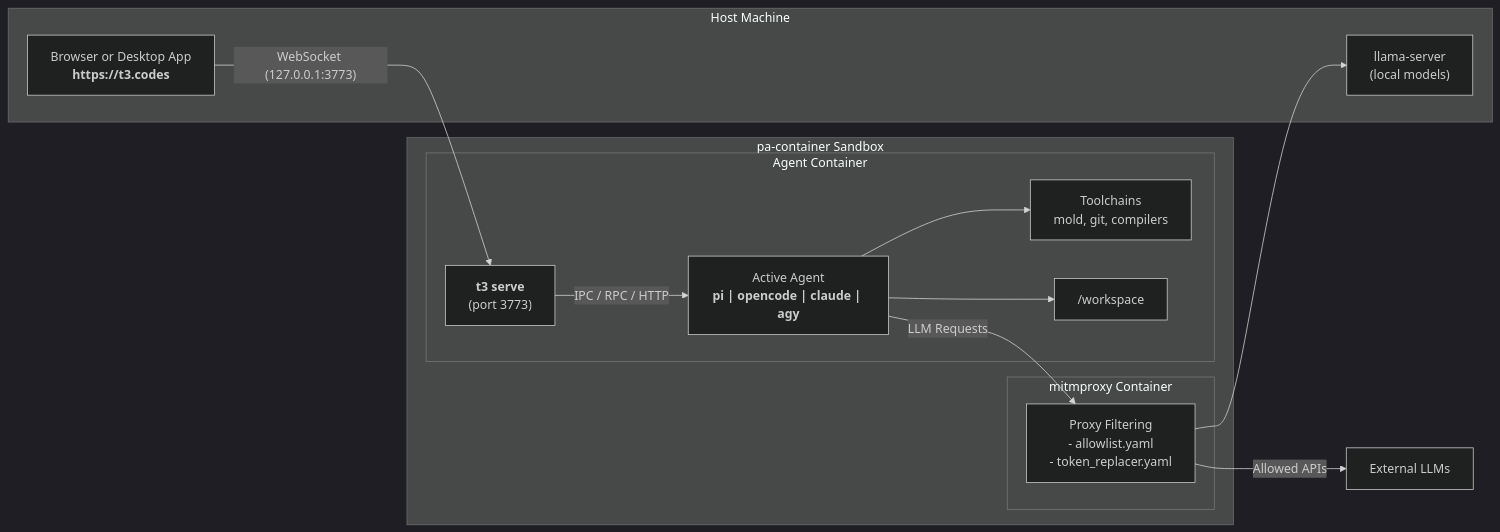
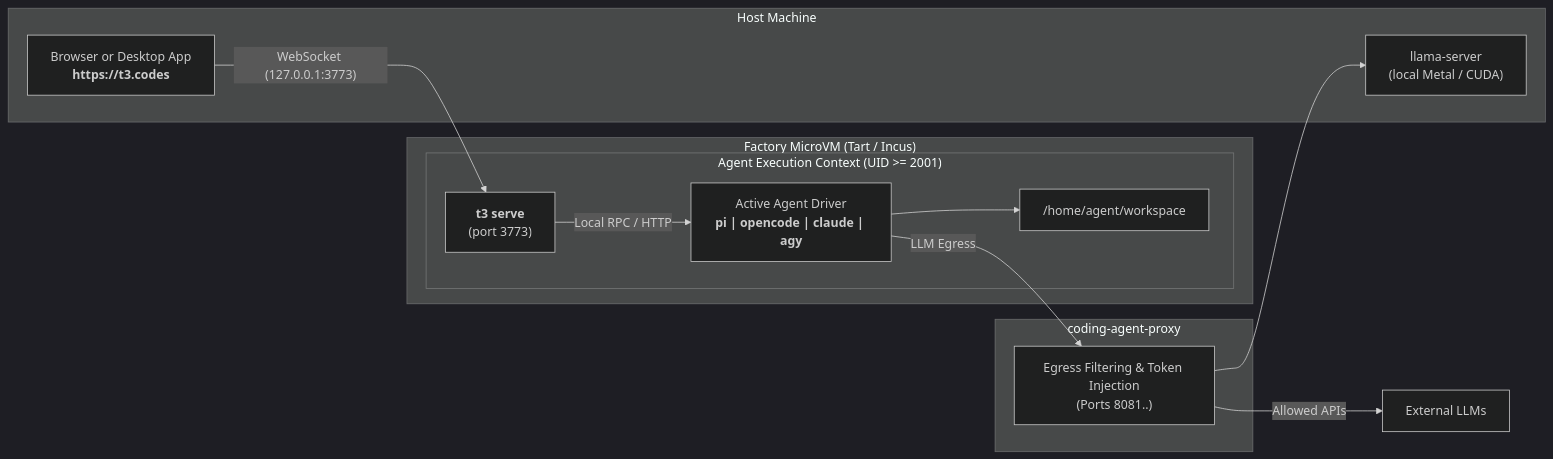
Before and after one commit to mikkovihonen/pa-container: the diagram in docs/t3-code.md, drawn with Mermaid (dark theme). The commit also changed other lines of this file and 15 other files, not shown here.

````diff
--- a/docs/t3-code.md
+++ b/docs/t3-code.md
@@ -17,28 +17,26 @@
 ```mermaid
 flowchart LR
     subgraph Host["Host Machine"]
-        Browser["Browser or Desktop App<br/><b>https://t3.codes</b>"]
-        Llama["llama-server<br/>(local models)"]
+        Browser["Browser or Desktop App\n<b>https://t3.codes</b>"]
+        Llama["llama-server\n(local Metal / CUDA)"]
     end
 
-    subgraph ContainerStack["pa-container Sandbox"]
-        subgraph Proxy["mitmproxy Container"]
-            ProxyFilter["Proxy Filtering<br/>- allowlist.yaml<br/>- token_replacer.yaml"]
-        end
-
-        subgraph Agent["Agent Container"]
-            T3Server["<b>t3 serve</b><br/>(port 3773)"]
-            ActiveAgent["Active Agent<br/><b>pi | opencode | claude | agy</b>"]
-            Tools["Toolchains<br/>mold, git, compilers"]
-            Workspace["/workspace"]
+    subgraph FactoryVM["Factory MicroVM (Tart / Incus)"]
+        subgraph AgentEnv["Agent Execution Context (UID >= 2001)"]
+            T3Server["<b>t3 serve</b>\n(port 3773)"]
+            ActiveAgent["Active Agent Driver\n<b>pi | opencode | claude | agy</b>"]
+            Workspace["/home/agent/workspace"]
         end
     end
 
+    subgraph Proxy["coding-agent-proxy"]
+        ProxyFilter["Egress Filtering & Token Injection\n(Ports 8081..)"]
+    end
+
     Browser -- "WebSocket (127.0.0.1:3773)" --> T3Server
-    T3Server -- "IPC / RPC / HTTP" --> ActiveAgent
+    T3Server -- "Local RPC / HTTP" --> ActiveAgent
     ActiveAgent --> Workspace
-    ActiveAgent --> Tools
-    ActiveAgent -- "LLM Requests" --> ProxyFilter
+    ActiveAgent -- "LLM Egress" --> ProxyFilter
     ProxyFilter --> Llama
     ProxyFilter -- "Allowed APIs" --> RemoteLLM["External LLMs"]
 ```
````
